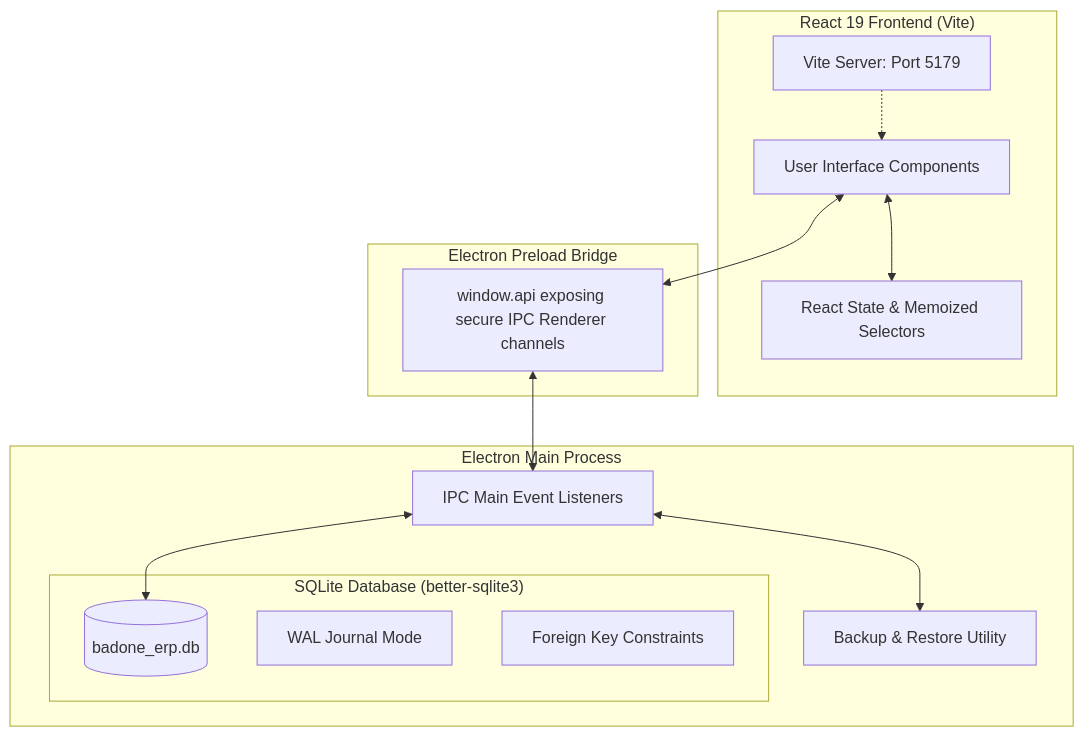
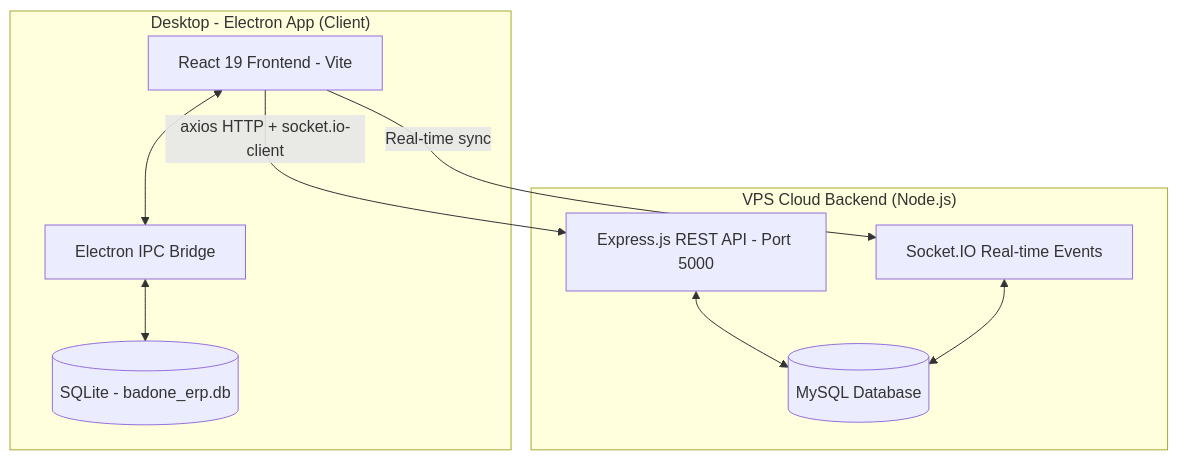
The diagram in README.md (vasubadone71/badoneerp), drawn with Mermaid before and after one commit. The commit also changed other lines of this file and 21 other files, not shown here.

````diff
--- a/README.md
+++ b/README.md
@@ -12,34 +14,21 @@
 ```mermaid
 graph TD
-    %% Frontend / Renderer Process
-    subgraph Renderer ["React 19 Frontend (Vite)"]
-        UI[User Interface Components]
-        State[React State & Memoized Selectors]
-        ViteDev[Vite Server: Port 5179]
+    subgraph Desktop ["Desktop - Electron App (Client)"]
+        UI[React 19 Frontend - Vite]
+        IPC[Electron IPC Bridge]
+        LocalDB[(SQLite - badone_erp.db)]
+        UI <--> IPC
+        IPC <--> LocalDB
     end
 
-    %% Preload Context Bridge
-    subgraph ContextBridge ["Electron Preload Bridge"]
-        API[window.api exposing secure IPC Renderer channels]
+    subgraph VPS ["VPS Cloud Backend (Node.js)"]
+        Express[Express.js REST API - Port 5000]
+        Socket[Socket.IO Real-time Events]
+        MySQL[(MySQL Database)]
+        Express <--> MySQL
+        Socket <--> MySQL
     end
 
-    %% Backend / Main Process
-    subgraph MainProcess ["Electron Main Process"]
-        IPC[IPC Main Event Listeners]
-        Backup[Backup & Restore Utility]
-        
-        subgraph Database ["SQLite Database (better-sqlite3)"]
-            Engine[(badone_erp.db)]
-            WAL[WAL Journal Mode]
-            FK[Foreign Key Constraints]
-        end
-    end
-
-    %% Connections
-    UI <--> State
-    UI <--> API
-    API <--> IPC
-    IPC <--> Engine
-    IPC <--> Backup
-    ViteDev -.-> UI
+    UI -- "axios HTTP + socket.io-client" --> Express
+    UI -- "Real-time sync" --> Socket
 ```
````
